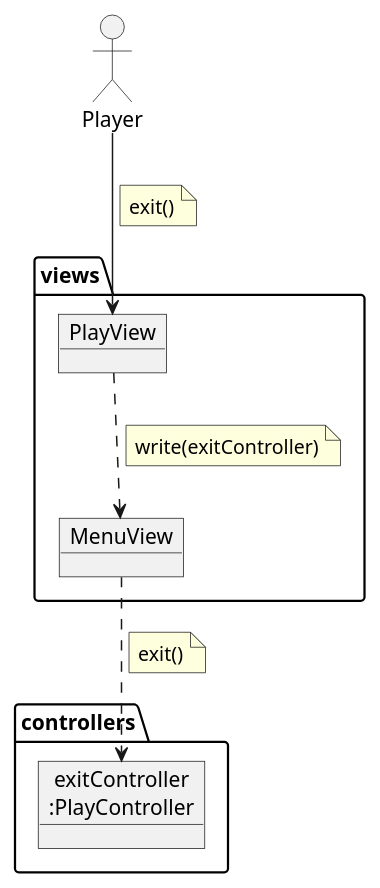
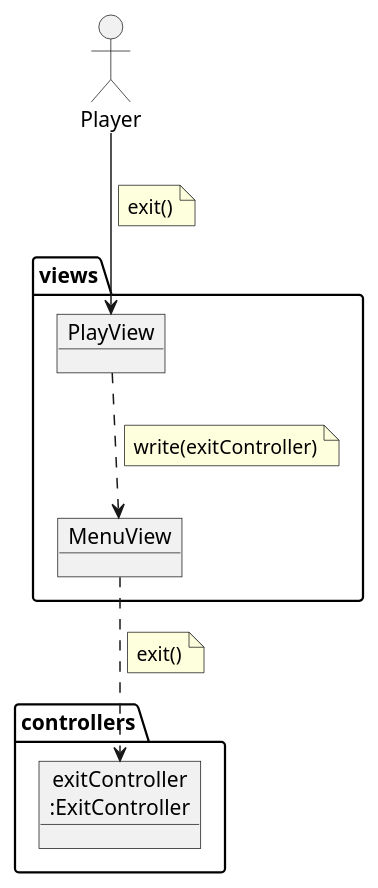
The diagram in 6.Ficheros/docs/diagrams/src/Analisis/analisisExit.plantuml (EscuelaIt/tictactoe-master-desarrollo-requirements), drawn with PlantUML before and after one commit. The commit also changed 7 other files, not shown here.

```diff
--- a/6.Ficheros/docs/diagrams/src/Analisis/analisisExit.plantuml
+++ b/6.Ficheros/docs/diagrams/src/Analisis/analisisExit.plantuml
@@ -1,36 +1,36 @@
 @startuml exit
 allow_mixing
 
 actor :Player: as Playerr
 
 package controllers  {
-    object "exitController\n:PlayController" as ExitController{
+    object "exitController\n:ExitController" as ExitController{
 
     }
  }
 
 
 package views {
 
     object PlayView{
 
     }
 
     object MenuView {
 
     }
  }
 
 Playerr --> PlayView
 note on link
     exit()
 end note
 PlayView ..> MenuView
 note on link
     write(exitController)
 end note
 MenuView ..> ExitController
 note on link
     exit()
 end note
 @enduml
```
